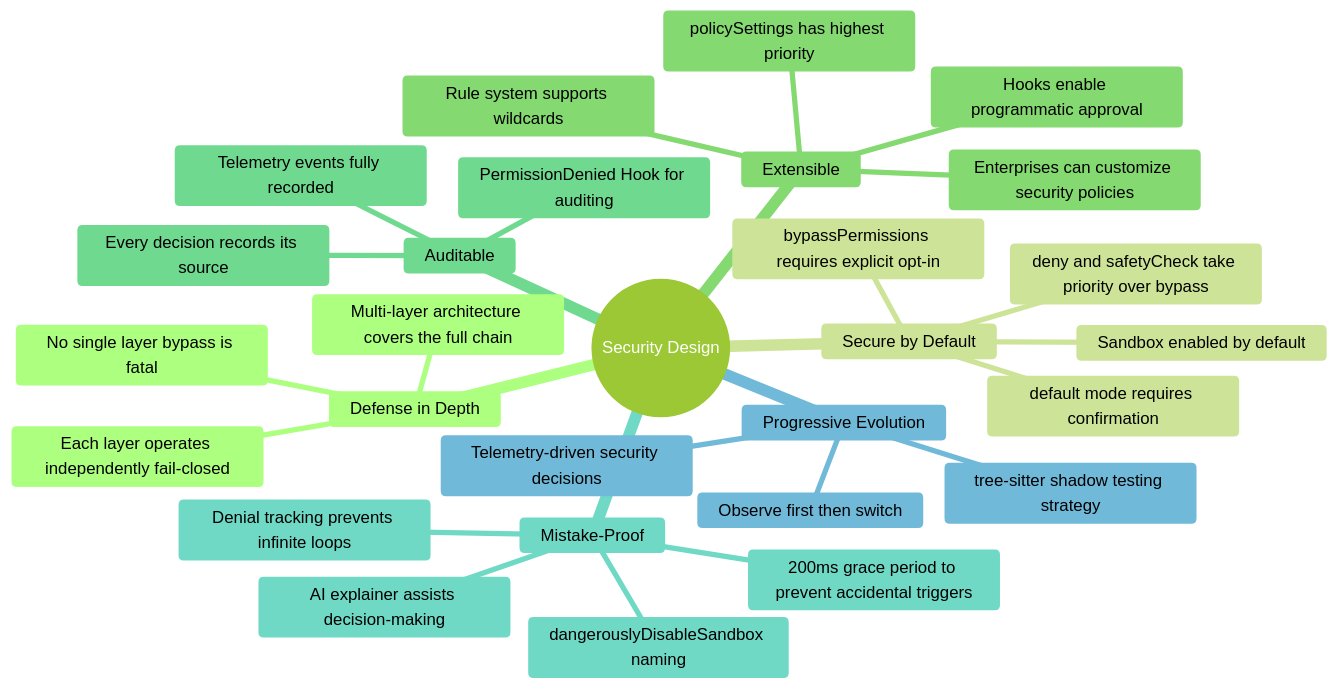
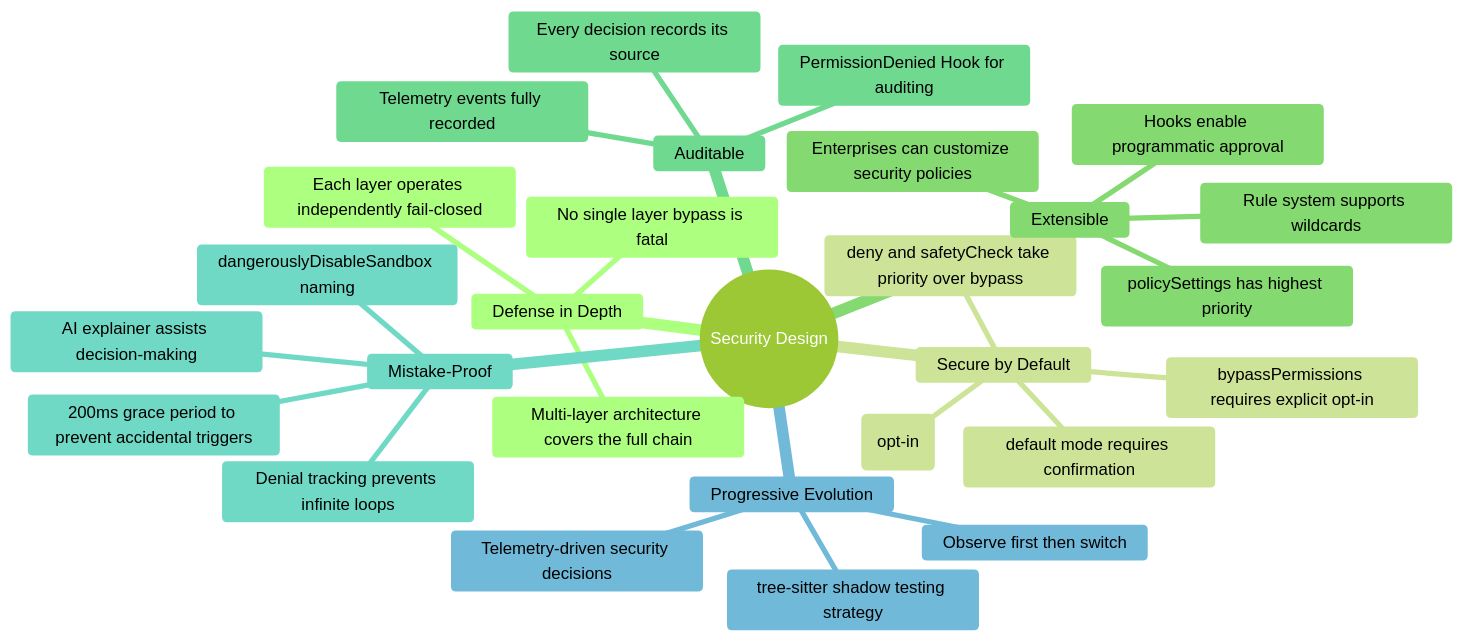
Before and after one commit to Windy3f3f3f3f/how-claude-code-works: the sixth of 6 diagrams in en/docs/11-permission-security.md, drawn with Mermaid (forest theme). The commit also changed other lines of this file and 36 other files, not shown here.

````diff
--- a/en/docs/11-permission-security.md
+++ b/en/docs/11-permission-security.md
@@ -943,31 +946,31 @@
 ```mermaid
 mindmap
   root((Security Design))
     Defense in Depth
       No single layer bypass is fatal
       Each layer operates independently fail-closed
       Multi-layer architecture covers the full chain
     Secure by Default
       default mode requires confirmation
       bypassPermissions requires explicit opt-in
-      Sandbox enabled by default
+      Sandbox off by default (opt-in)
       deny and safetyCheck take priority over bypass
     Extensible
       Hooks enable programmatic approval
       Rule system supports wildcards
       Enterprises can customize security policies
       policySettings has highest priority
     Auditable
       Every decision records its source
       Telemetry events fully recorded
       PermissionDenied Hook for auditing
     Mistake-Proof
       200ms grace period to prevent accidental triggers
       dangerouslyDisableSandbox naming
       Denial tracking prevents infinite loops
       AI explainer assists decision-making
     Progressive Evolution
       tree-sitter shadow testing strategy
       Observe first then switch
       Telemetry-driven security decisions
 ```
````
